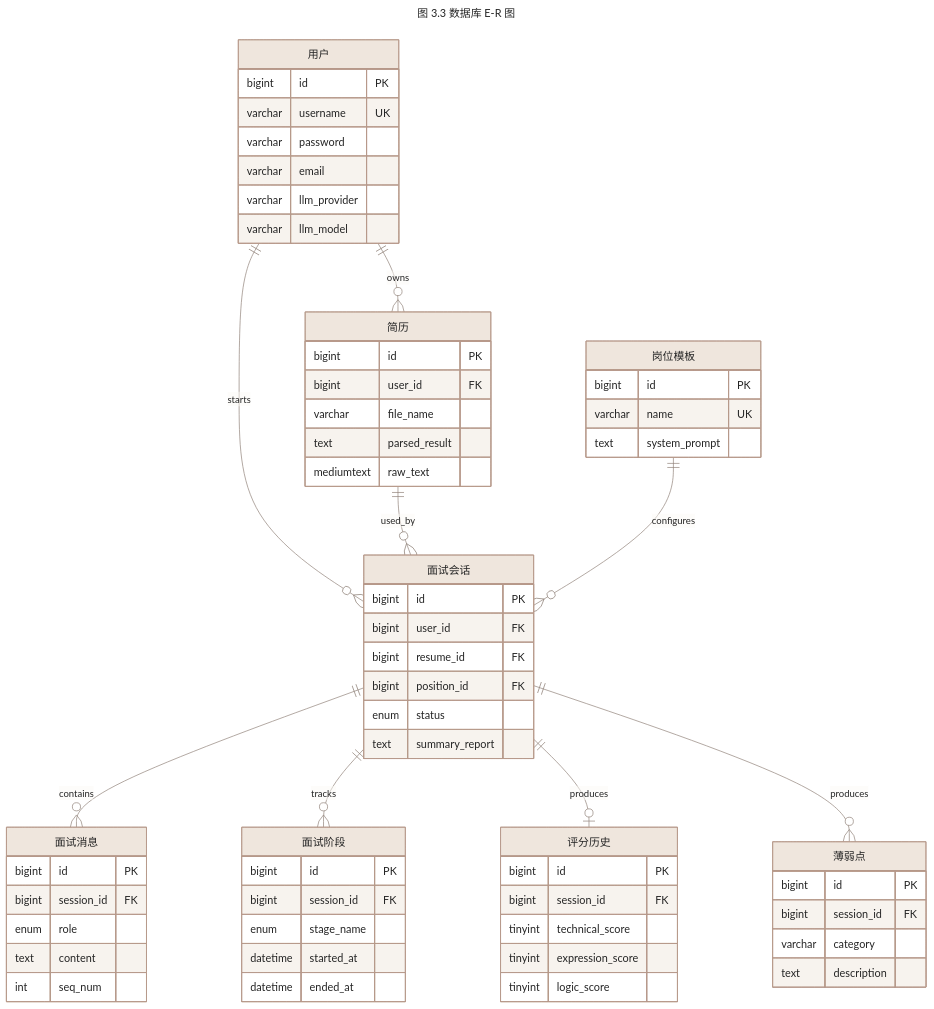
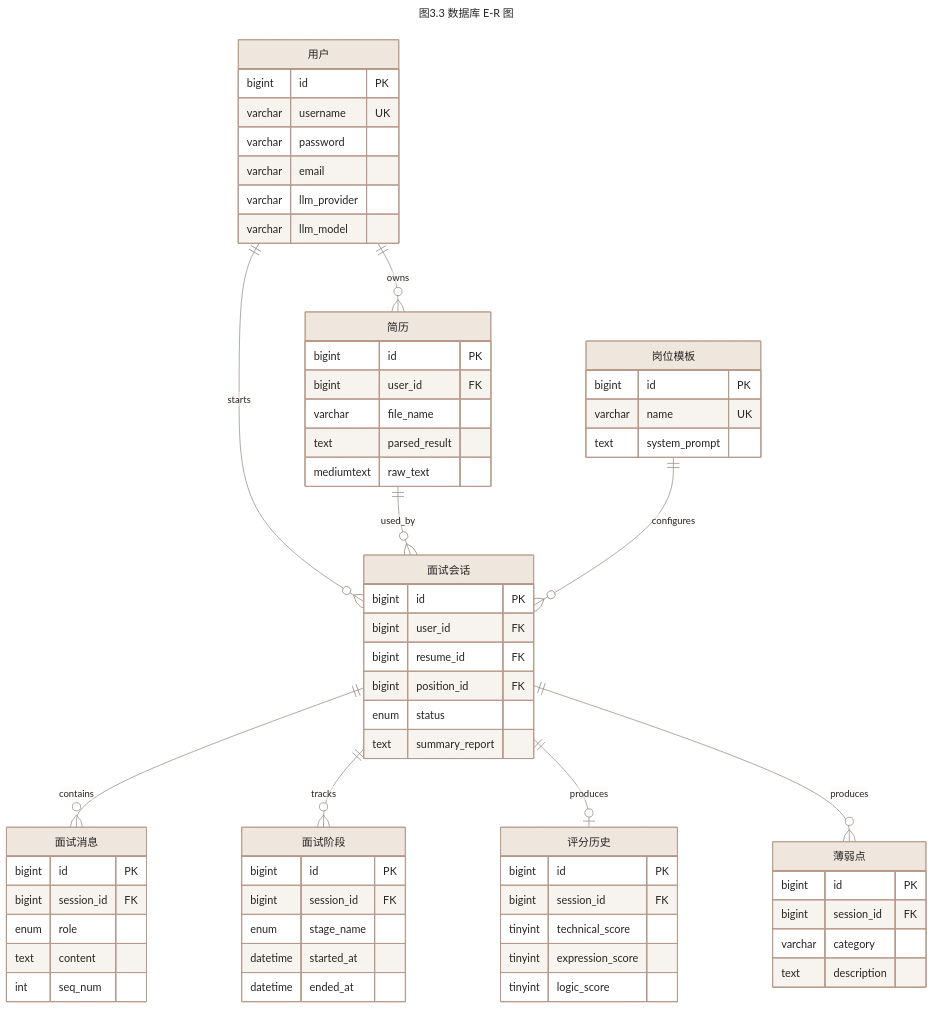
Before and after one commit to zyyyyynnn/graduation-project: the diagram in thesis-assets/diagrams/fig-3-3-database-er.mmd, drawn with Mermaid. The commit also changed 20 other files, not shown here.

```diff
--- a/thesis-assets/diagrams/fig-3-3-database-er.mmd
+++ b/thesis-assets/diagrams/fig-3-3-database-er.mmd
@@ -1,88 +1,88 @@
 ---
-title: 图 3.3 数据库 E-R 图
+title: 图3.3 数据库 E-R 图
 config:
   theme: base
   themeVariables:
     background: "#FAF8F2"
     primaryColor: "#EFE6DD"
     primaryBorderColor: "#B79A8B"
     primaryTextColor: "#252525"
     lineColor: "#8F8178"
     secondaryColor: "#F6F0E8"
     tertiaryColor: "#FBFAF6"
     fontFamily: "Microsoft YaHei, SimHei, Arial, sans-serif"
     fontSize: "16px"
 ---
 erDiagram
   direction TB
   用户 ||--o{ 简历 : owns
   用户 ||--o{ 面试会话 : starts
   简历 ||--o{ 面试会话 : used_by
   岗位模板 ||--o{ 面试会话 : configures
   面试会话 ||--o{ 面试消息 : contains
   面试会话 ||--o{ 面试阶段 : tracks
   面试会话 ||--o| 评分历史 : produces
   面试会话 ||--o{ 薄弱点 : produces
 
   用户 {
     bigint id PK
     varchar username UK
     varchar password
     varchar email
     varchar llm_provider
     varchar llm_model
   }
 
   简历 {
     bigint id PK
     bigint user_id FK
     varchar file_name
     text parsed_result
     mediumtext raw_text
   }
 
   岗位模板 {
     bigint id PK
     varchar name UK
     text system_prompt
   }
 
   面试会话 {
     bigint id PK
     bigint user_id FK
     bigint resume_id FK
     bigint position_id FK
     enum status
     text summary_report
   }
 
   面试消息 {
     bigint id PK
     bigint session_id FK
     enum role
     text content
     int seq_num
   }
 
   面试阶段 {
     bigint id PK
     bigint session_id FK
     enum stage_name
     datetime started_at
     datetime ended_at
   }
 
   评分历史 {
     bigint id PK
     bigint session_id FK
     tinyint technical_score
     tinyint expression_score
     tinyint logic_score
   }
 
   薄弱点 {
     bigint id PK
     bigint session_id FK
     varchar category
     text description
   }
```
